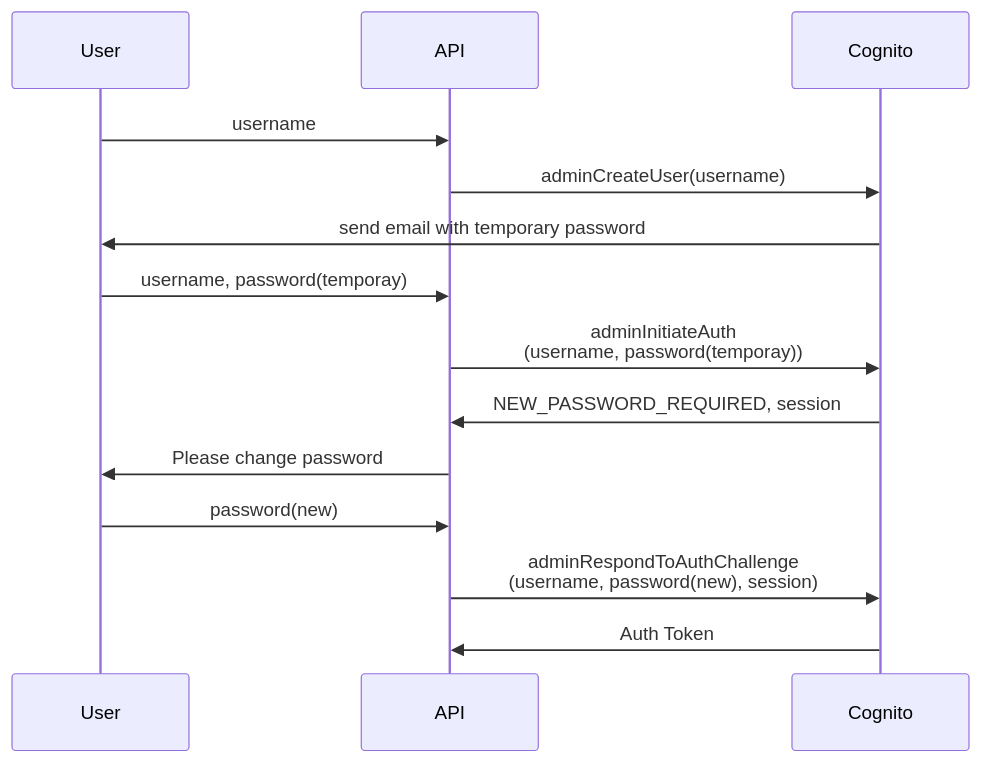
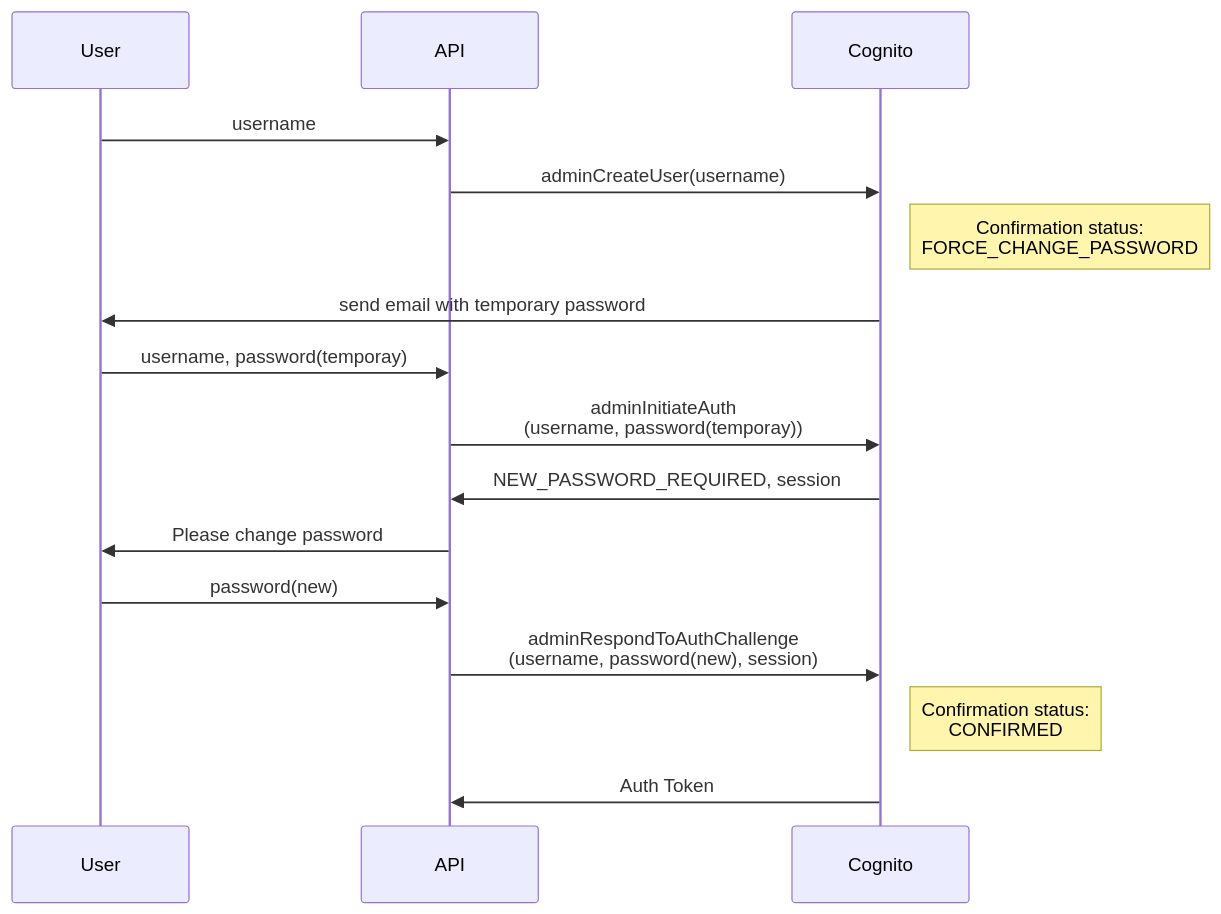
One commit to kunidesuyo/laravel-sandbox changed the first of 2 diagrams in documents/AWS-Cognito/memo.md. Above: the diagram before and after it, drawn with Mermaid. The commit also changed other lines of this file and 1 other file, not shown here.

````diff
--- a/documents/AWS-Cognito/memo.md
+++ b/documents/AWS-Cognito/memo.md
@@ -46,13 +33,15 @@
 ```mermaid
 sequenceDiagram
   User->>API: username
   API->>Cognito: adminCreateUser(username)
+  Note right of Cognito: Confirmation status:<br>FORCE_CHANGE_PASSWORD
   Cognito->>User: send email with temporary password
   User->>API: username, password(temporay)
   API->>Cognito: adminInitiateAuth<br>(username, password(temporay))
   Cognito->>API: NEW_PASSWORD_REQUIRED, session
   API->>User: Please change password
   User->>API: password(new)
   API->>Cognito: adminRespondToAuthChallenge<br>(username, password(new), session)
+  Note right of Cognito: Confirmation status:<br>CONFIRMED
   Cognito->>API: Auth Token
 ```
````
